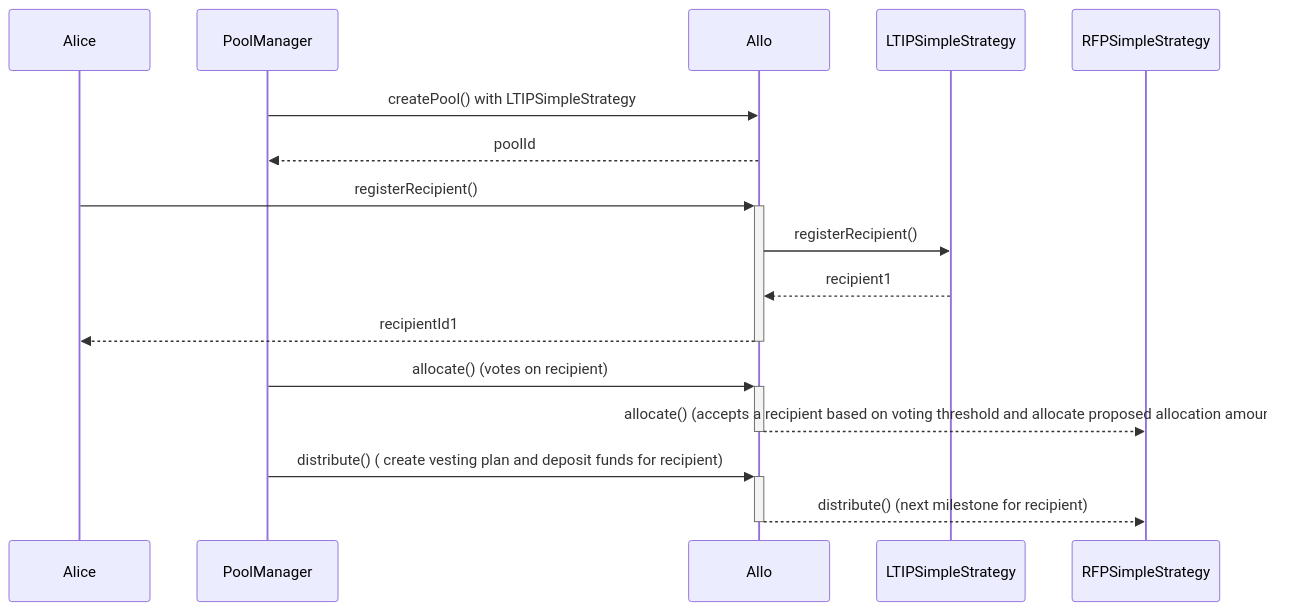
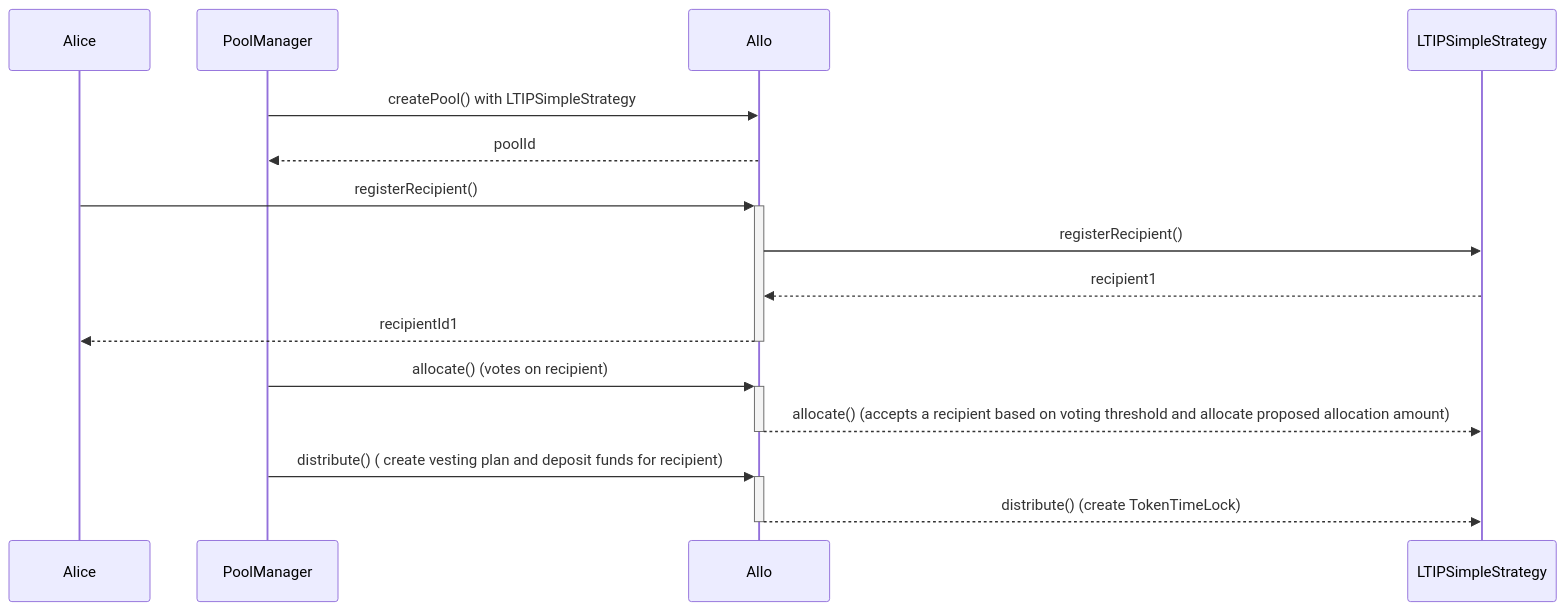
Before and after one commit to allo-protocol/allo-v2: the diagram in contracts/strategies/ltip-simple/README.md, drawn with Mermaid. The commit also changed 5 other files, not shown here.

````diff
--- a/contracts/strategies/ltip-simple/README.md
+++ b/contracts/strategies/ltip-simple/README.md
@@ -29,18 +29,18 @@
 ```mermaid
 sequenceDiagram
     participant Alice
     participant PoolManager
     participant Allo
     participant LTIPSimpleStrategy
 
     PoolManager->>Allo: createPool() with LTIPSimpleStrategy
     Allo-->>PoolManager: poolId
     Alice->>+Allo: registerRecipient()
     Allo->>LTIPSimpleStrategy: registerRecipient()
     LTIPSimpleStrategy-->>Allo: recipient1
     Allo-->>-Alice: recipientId1
     PoolManager->>+Allo: allocate() (votes on recipient)
-    Allo-->>-RFPSimpleStrategy: allocate() (accepts a recipient based on voting threshold and allocate proposed allocation amount)
+    Allo-->>-LTIPSimpleStrategy: allocate() (accepts a recipient based on voting threshold and allocate proposed allocation amount)
     PoolManager->>+Allo: distribute() ( create vesting plan and deposit funds for recipient)
-    Allo-->>-RFPSimpleStrategy: distribute() (next milestone for recipient)
+    Allo-->>-LTIPSimpleStrategy: distribute() (create TokenTimeLock)
 ```
````
